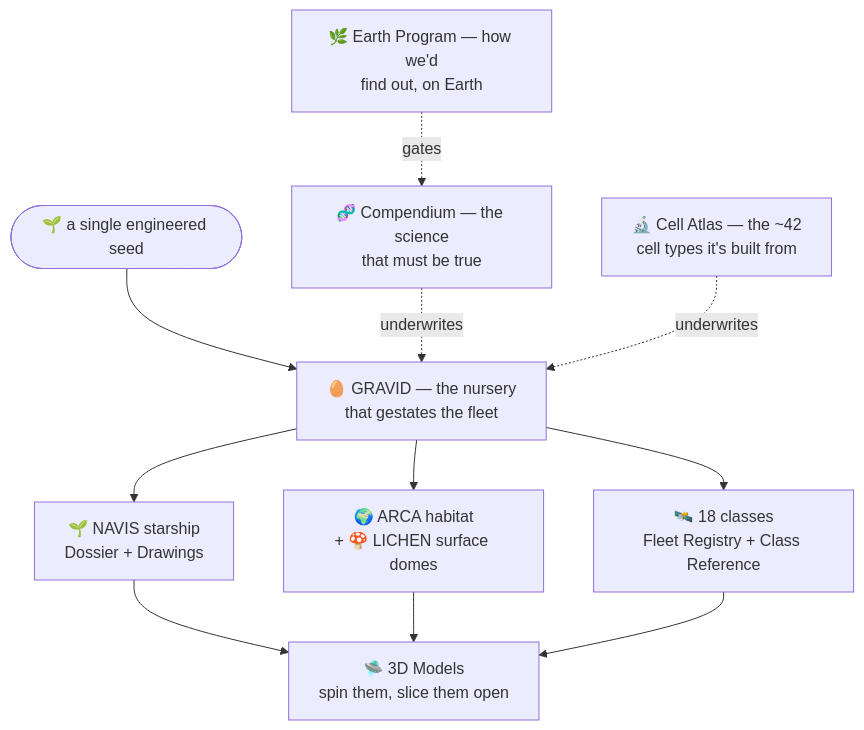
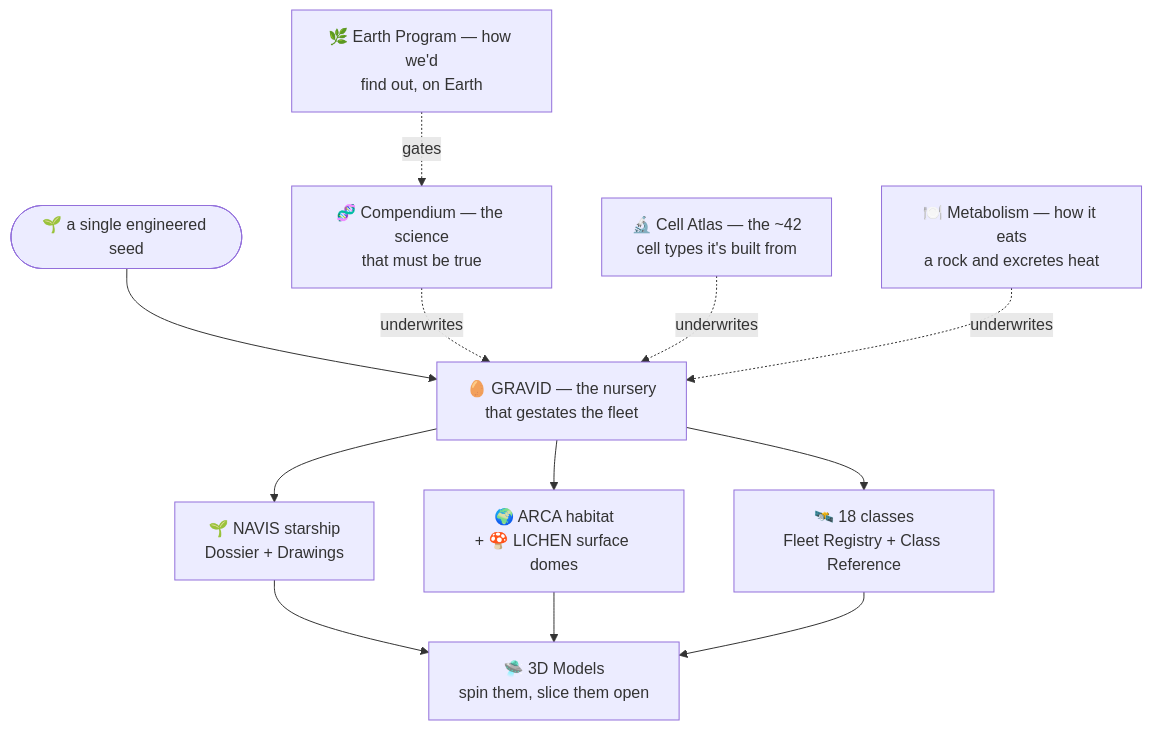
One commit to gddickinson/organic_spacecraft changed the second of 2 diagrams in README.md. Above: the diagram before and after it, drawn with Mermaid. The commit also changed other lines of this file and 26 other files, not shown here.

````diff
--- a/README.md
+++ b/README.md
@@ -61,13 +61,14 @@
 ```mermaid
 flowchart TD
   SEED(["🌱 a single engineered seed"]) --> GRAVID["🥚 GRAVID — the nursery<br/>that gestates the fleet"]
   GRAVID --> NAVIS["🌱 NAVIS starship<br/>Dossier + Drawings"]
   GRAVID --> ARCA["🌍 ARCA habitat<br/>+ 🍄 LICHEN surface domes"]
   GRAVID --> MORE["🛰️ 18 classes<br/>Fleet Registry + Class Reference"]
   SCI["🧬 Compendium — the science<br/>that must be true"] -. underwrites .-> GRAVID
   CELLS["🔬 Cell Atlas — the ~42<br/>cell types it's built from"] -. underwrites .-> GRAVID
+  METAB["🍽️ Metabolism — how it eats<br/>a rock and excretes heat"] -. underwrites .-> GRAVID
   EARTH["🌿 Earth Program — how we'd<br/>find out, on Earth"] -. gates .-> SCI
   NAVIS --> V3D["🛸 3D Models<br/>spin them, slice them open"]
   ARCA --> V3D
   MORE --> V3D
 ```
````
